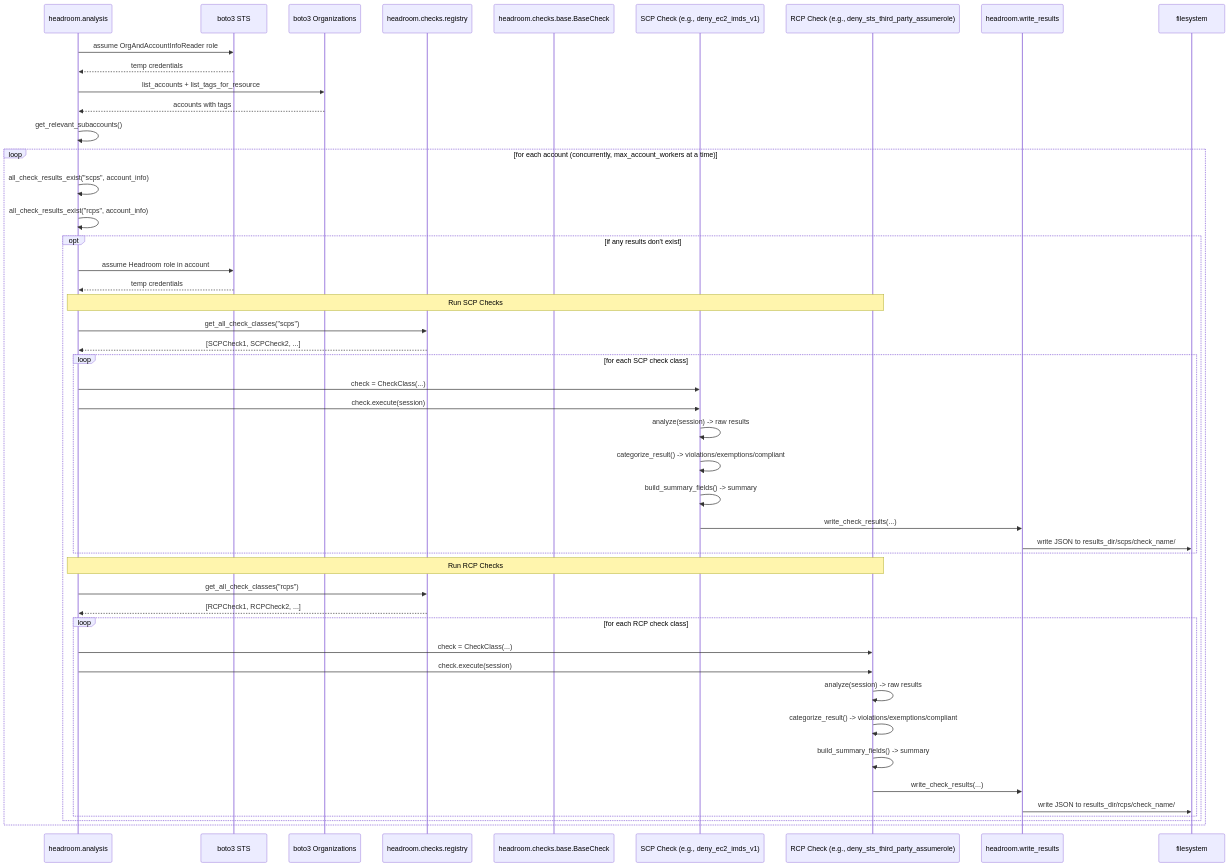
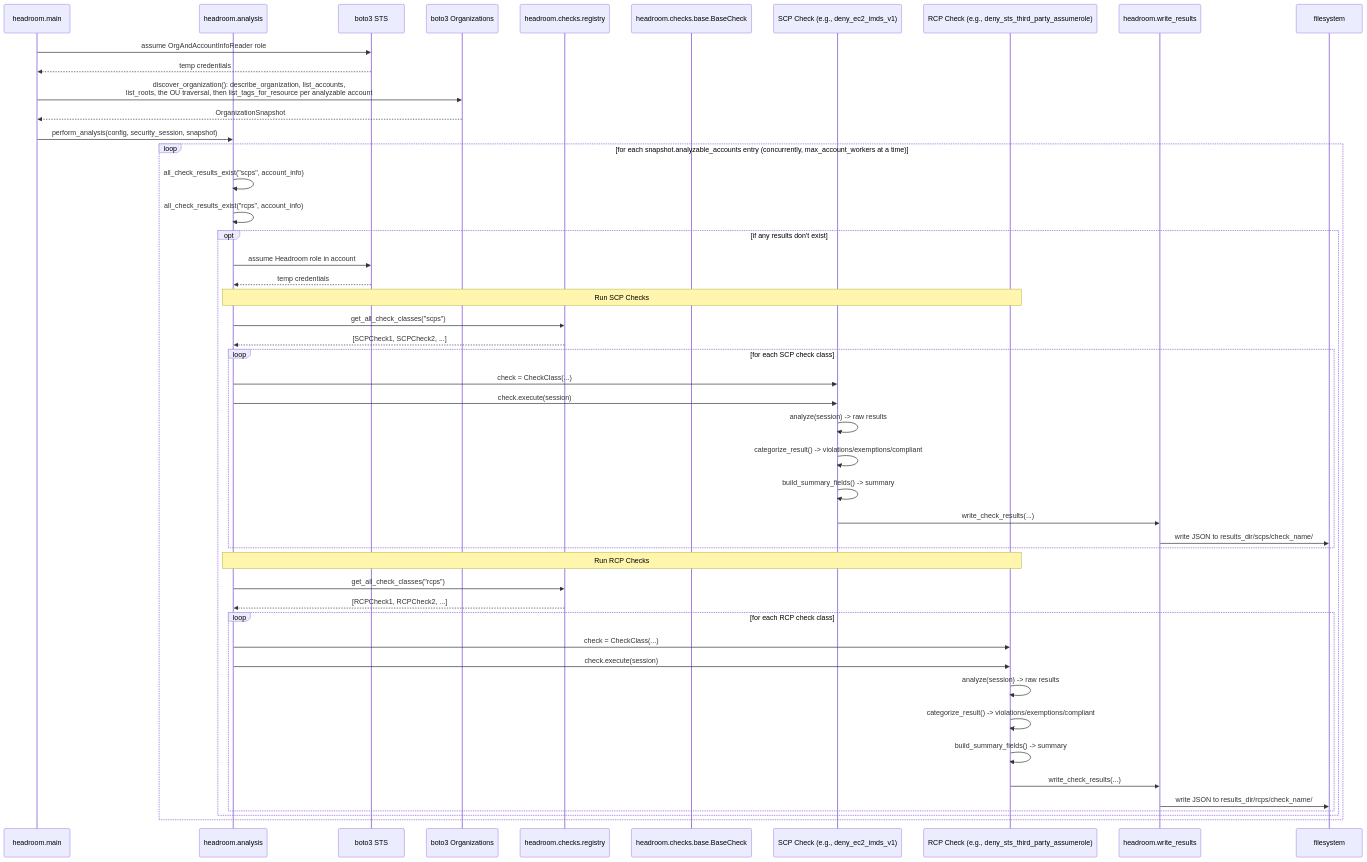
Before and after one commit to discocrayon/Headroom: the second of 4 diagrams in documentation/mermaid_diagrams/sequences.md, drawn with Mermaid. The commit also changed other lines of this file and 9 other files, not shown here.

First line of the commit message:
Describe organization discovery as the one pass it now is

````diff
--- a/documentation/mermaid_diagrams/sequences.md
+++ b/documentation/mermaid_diagrams/sequences.md
@@ -51,52 +56,53 @@
 ```mermaid
 sequenceDiagram
+  participant Main as headroom.main
   participant Analysis as headroom.analysis
   participant STS as boto3 STS
   participant Orgs as boto3 Organizations
   participant Registry as headroom.checks.registry
   participant BaseCheck as headroom.checks.base.BaseCheck
   participant SCPCheck as SCP Check (e.g., deny_ec2_imds_v1)
   participant RCPCheck as RCP Check (e.g., deny_sts_third_party_assumerole)
   participant WriteResults as headroom.write_results
   participant FS as filesystem
 
-  Analysis->>STS: assume OrgAndAccountInfoReader role
-  STS-->>Analysis: temp credentials
-  Analysis->>Orgs: list_accounts + list_tags_for_resource
-  Orgs-->>Analysis: accounts with tags
-  Analysis->>Analysis: get_relevant_subaccounts()
-  loop for each account (concurrently, max_account_workers at a time)
+  Main->>STS: assume OrgAndAccountInfoReader role
+  STS-->>Main: temp credentials
+  Main->>Orgs: discover_organization(): describe_organization, list_accounts,<br/>list_roots, the OU traversal, then list_tags_for_resource per analyzable account
+  Orgs-->>Main: OrganizationSnapshot
+  Main->>Analysis: perform_analysis(config, security_session, snapshot)
+  loop for each snapshot.analyzable_accounts entry (concurrently, max_account_workers at a time)
     Analysis->>Analysis: all_check_results_exist("scps", account_info)
     Analysis->>Analysis: all_check_results_exist("rcps", account_info)
     opt if any results don't exist
       Analysis->>STS: assume Headroom role in account
       STS-->>Analysis: temp credentials
 
       Note over Analysis,RCPCheck: Run SCP Checks
       Analysis->>Registry: get_all_check_classes("scps")
       Registry-->>Analysis: [SCPCheck1, SCPCheck2, ...]
       loop for each SCP check class
         Analysis->>SCPCheck: check = CheckClass(...)
         Analysis->>SCPCheck: check.execute(session)
         SCPCheck->>SCPCheck: analyze(session) -> raw results
         SCPCheck->>SCPCheck: categorize_result() -> violations/exemptions/compliant
         SCPCheck->>SCPCheck: build_summary_fields() -> summary
         SCPCheck->>WriteResults: write_check_results(...)
         WriteResults->>FS: write JSON to results_dir/scps/check_name/
       end
 
       Note over Analysis,RCPCheck: Run RCP Checks
       Analysis->>Registry: get_all_check_classes("rcps")
       Registry-->>Analysis: [RCPCheck1, RCPCheck2, ...]
       loop for each RCP check class
         Analysis->>RCPCheck: check = CheckClass(...)
         Analysis->>RCPCheck: check.execute(session)
         RCPCheck->>RCPCheck: analyze(session) -> raw results
         RCPCheck->>RCPCheck: categorize_result() -> violations/exemptions/compliant
         RCPCheck->>RCPCheck: build_summary_fields() -> summary
         RCPCheck->>WriteResults: write_check_results(...)
         WriteResults->>FS: write JSON to results_dir/rcps/check_name/
       end
     end
   end
 ```
````
